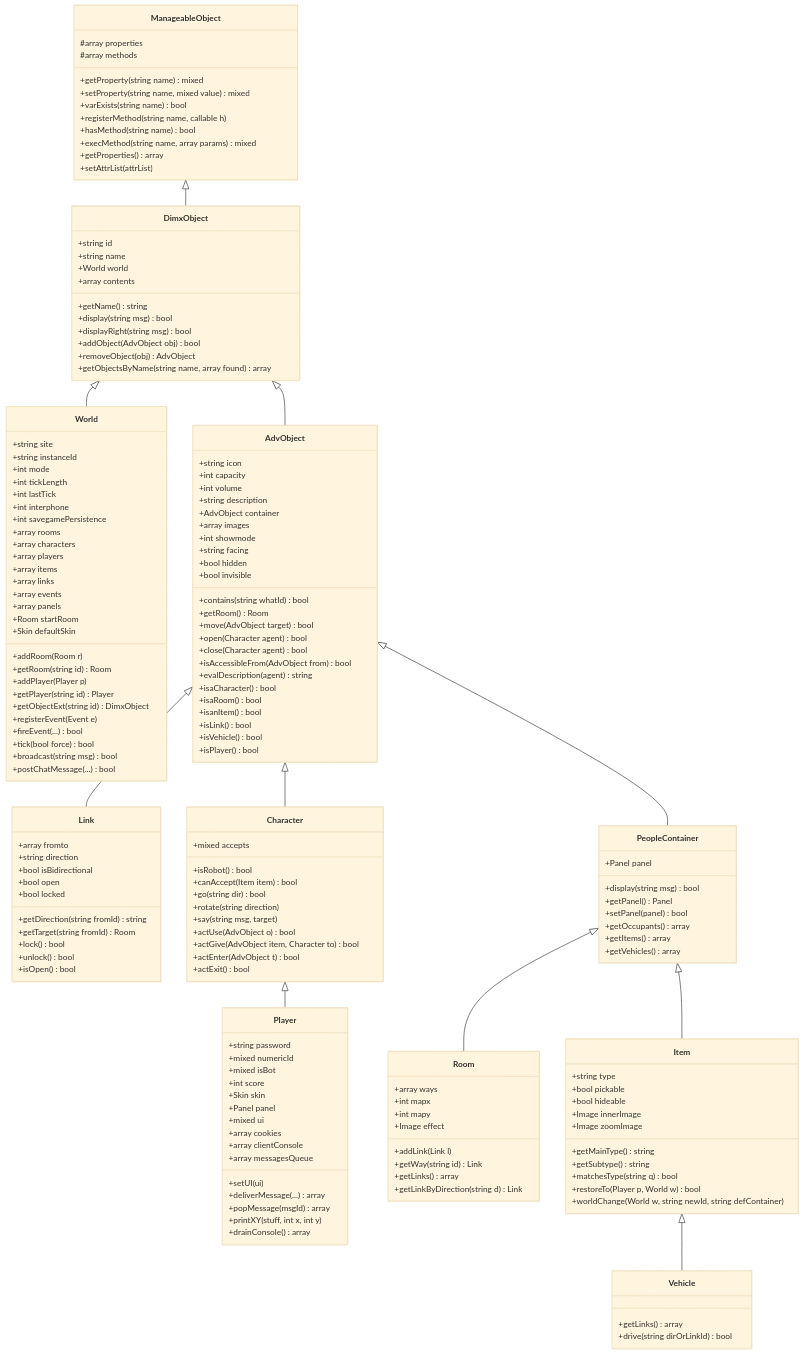
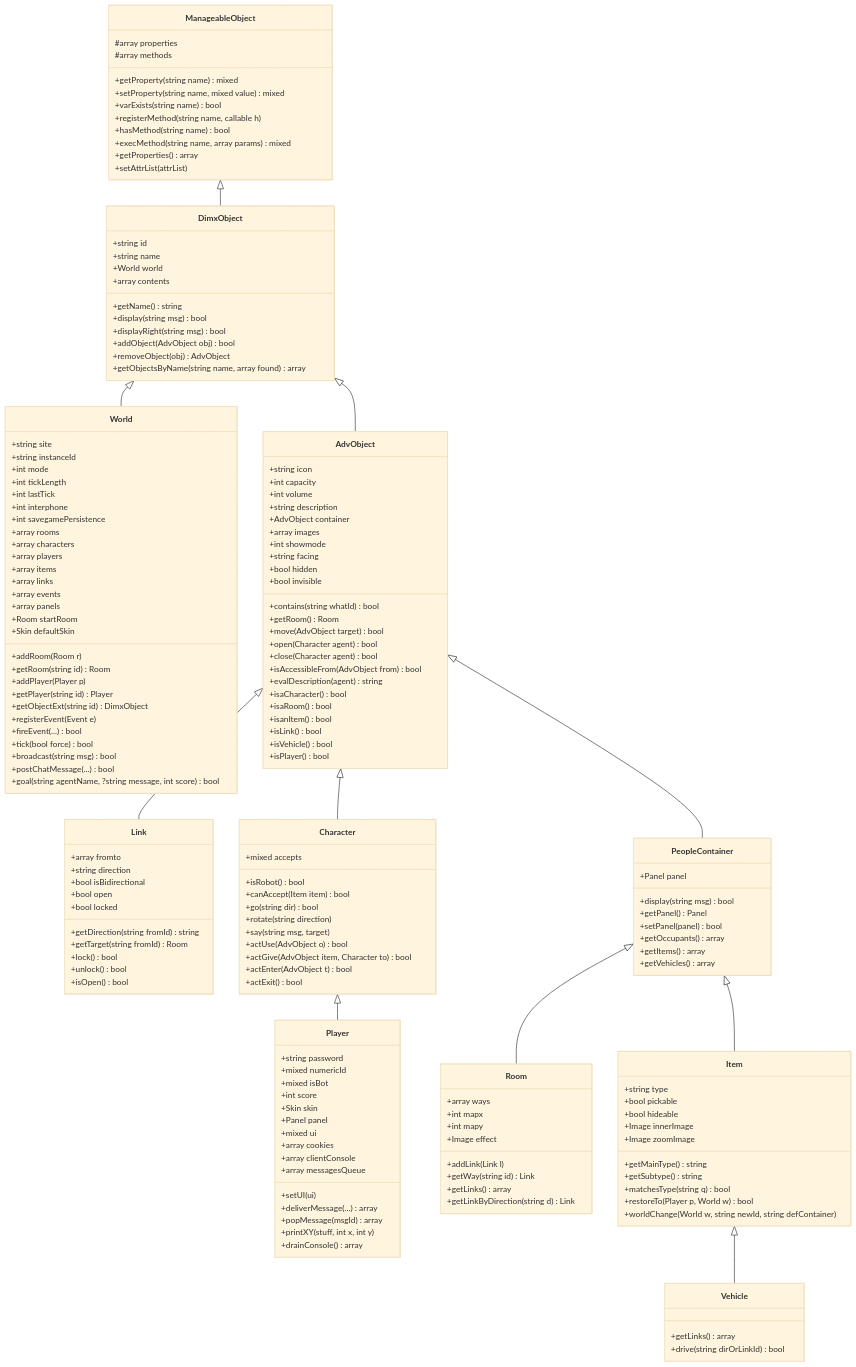
Before and after one commit to cleoni/dimya: the fourth of 5 diagrams in docs/CLASS_HIERARCHY.md, drawn with Mermaid (base theme). The commit also changed other lines of this file and 11 other files, not shown here.

```diff
--- a/docs/CLASS_HIERARCHY.md
+++ b/docs/CLASS_HIERARCHY.md
@@ -235,6 +242,7 @@
         +tick(bool force) bool
         +broadcast(string msg) bool
         +postChatMessage(...) bool
+        +goal(string agentName, ?string message, int score) bool
     }
 
     class AdvObject {
```
